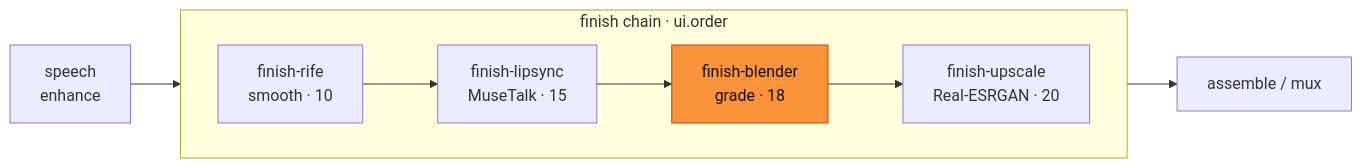
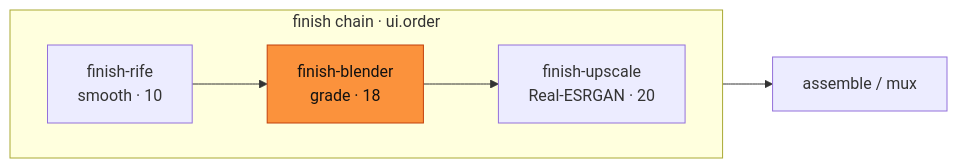
Before and after one commit to skyphusion-labs/vivijure-blender: the second of 3 diagrams in README.md, drawn with Mermaid. The commit also changed other lines of this file and 2 other files, not shown here.

````diff
--- a/README.md
+++ b/README.md
@@ -76,16 +74,14 @@
 ```mermaid
 flowchart LR
-  sp["speech<br/>enhance"]
   subgraph finish["finish chain · ui.order"]
     direction LR
     rife["finish-rife<br/>smooth · 10"]
-    ls["finish-lipsync<br/>MuseTalk · 15"]
     bl["finish-blender<br/>grade · 18"]
     up["finish-upscale<br/>Real-ESRGAN · 20"]
   end
   asm["assemble / mux"]
 
-  sp --> rife --> ls --> bl --> up --> asm
+  rife --> bl --> up --> asm
 
   style bl fill:#fb923c,stroke:#c2410c,color:#111
 ```
````
